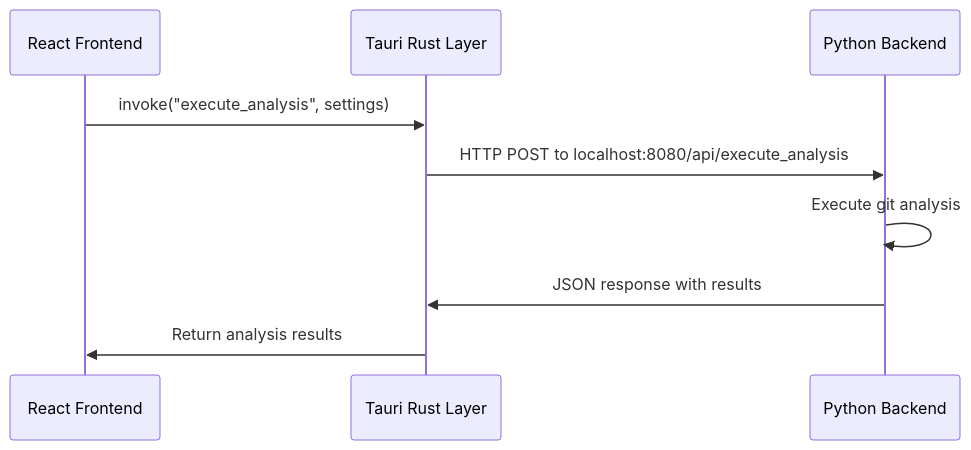
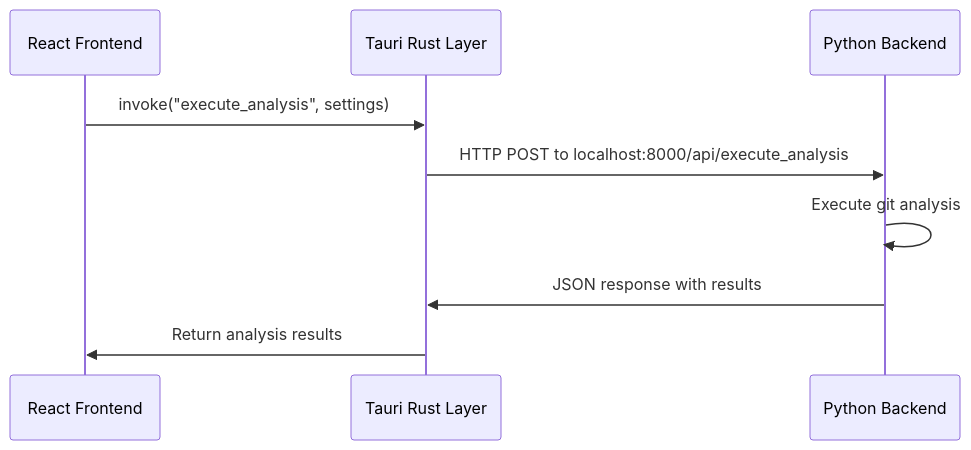
The second of 2 diagrams in docs/development/build-process.md (boost-edu-tools/gitinspectorgui), drawn with Mermaid before and after one commit. The commit also changed other lines of this file and 15 other files, not shown here.

````diff
--- a/docs/development/build-process.md
+++ b/docs/development/build-process.md
@@ -55,12 +55,12 @@
 ```mermaid
 sequenceDiagram
     participant React as React Frontend
     participant Tauri as Tauri Rust Layer
     participant Python as Python Backend
 
     React->>Tauri: invoke("execute_analysis", settings)
-    Tauri->>Python: HTTP POST to localhost:8080/api/execute_analysis
+    Tauri->>Python: HTTP POST to localhost:8000/api/execute_analysis
     Python->>Python: Execute git analysis
     Python->>Tauri: JSON response with results
     Tauri->>React: Return analysis results
 ```
````
